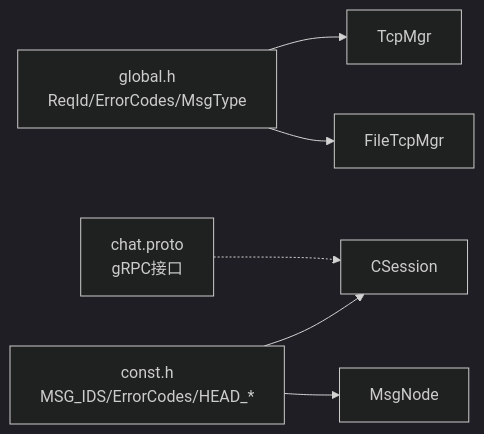
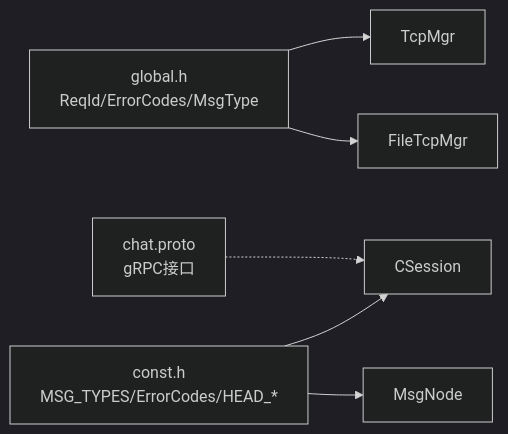
Before and after one commit to echo9923/mychatter: the fifth of 5 diagrams in .qoder/repowiki/zh/content/网络通信/TCP通信协议/TCP消息协议/TCP消息协议.md, drawn with Mermaid (dark theme). The commit also changed other lines of this file and 128 other files, not shown here.

````diff
--- a/.qoder/repowiki/zh/content/网络通信/TCP通信协议/TCP消息协议/TCP消息协议.md
+++ b/.qoder/repowiki/zh/content/网络通信/TCP通信协议/TCP消息协议/TCP消息协议.md
@@ -270,8 +270,8 @@
 ```mermaid
 graph LR
 Global["global.h<br/>ReqId/ErrorCodes/MsgType"] --> TcpMgr["TcpMgr"]
 Global --> FileTcpMgr["FileTcpMgr"]
-Const["const.h<br/>MSG_IDS/ErrorCodes/HEAD_*"] --> CSession["CSession"]
+Const["const.h<br/>MSG_TYPES/ErrorCodes/HEAD_*"] --> CSession["CSession"]
 Const --> MsgNode["MsgNode"]
 Proto["chat.proto<br/>gRPC接口"] -.-> CSession
 ```
````
